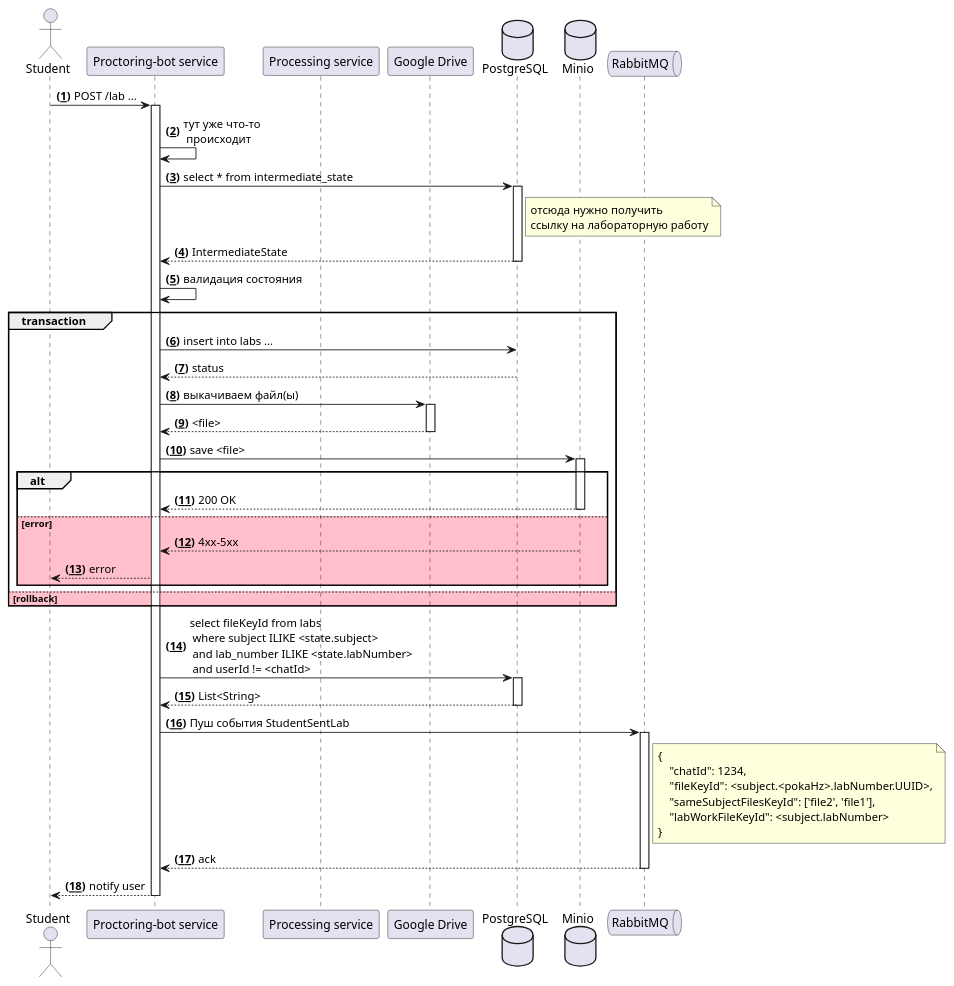
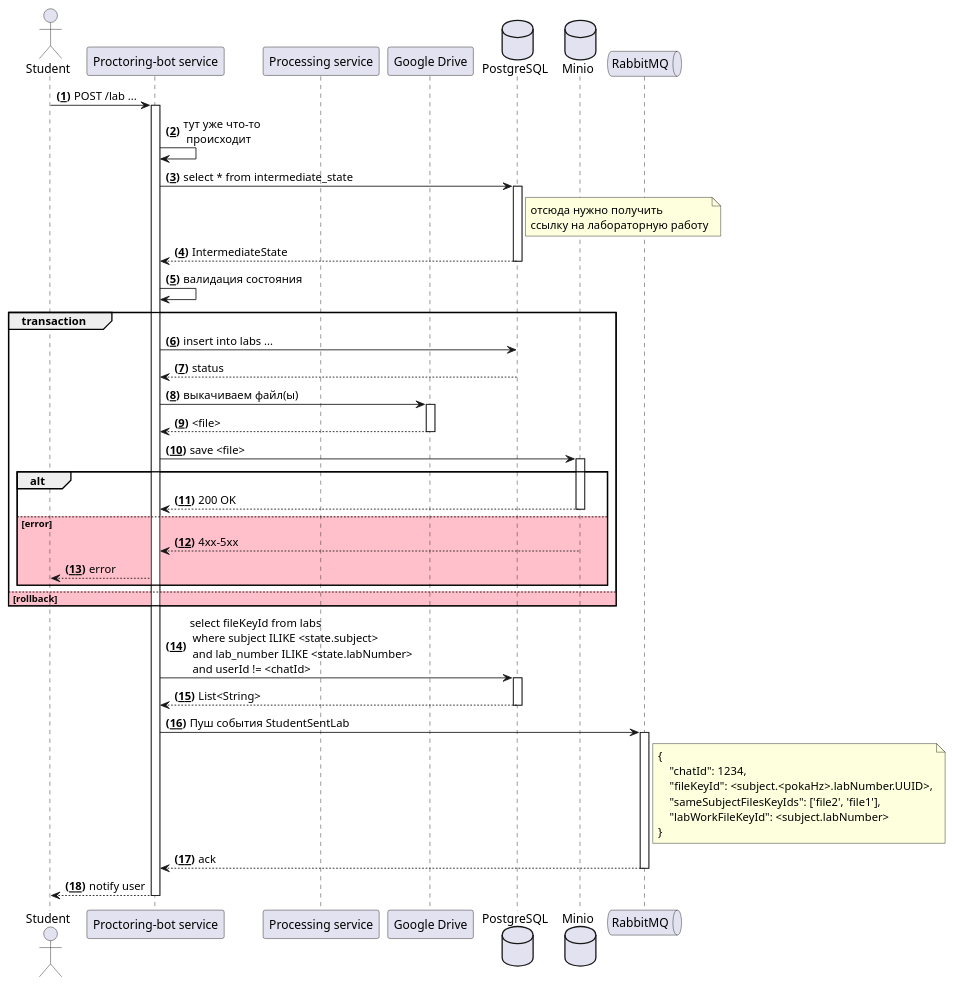
The diagram in documentation/plagiarism/а) process-lab-work.puml (Dezzzl/processing-service), drawn with PlantUML before and after one commit. The commit also changed 27 other files, not shown here.

```diff
--- a/documentation/plagiarism/а) process-lab-work.puml
+++ b/documentation/plagiarism/а) process-lab-work.puml
@@ -1,69 +1,69 @@
 @startuml
 
 autonumber "<b>(<u>##</u>)"
 
 actor Student as stud
 
 participant "Proctoring-bot service" as pbs
 participant "Processing service" as ps
 
 participant "Google Drive" as gd
 
 
 database PostgreSQL as db
 database Minio as minio
 queue "RabbitMQ" as rmq
 
 ' эта часть уже написана
 
 stud -> pbs++ : POST /lab ...
 
 pbs -> pbs: тут уже что-то\n происходит
 
 pbs -> db++ : select * from intermediate_state
 note right db
     отсюда нужно получить
     ссылку на лабораторную работу
 end note
 pbs <-- db-- : IntermediateState
 
 pbs -> pbs: валидация состояния
 
 group transaction
 pbs -> db: insert into labs ...
 pbs <-- db: status
 
 pbs -> gd++ : выкачиваем файл(ы)
 pbs <-- gd-- : <file>
 
 pbs -> minio++ : save <file>
 alt
 pbs <-- minio-- : 200 OK
 else #Pink error
 pbs <-- minio-- : 4xx-5xx
 stud <-- pbs : error
 end
 else #pink rollback
 end group
 
 pbs -> db++ : select fileKeyId from labs\n where subject ILIKE <state.subject>\n and lab_number ILIKE <state.labNumber>\n and userId != <chatId>
 pbs <-- db-- : List<String>
 
 pbs -> rmq++ : Пуш события StudentSentLab
 
 note right rmq
     {
         "chatId": 1234,
         "fileKeyId": <subject.<pokaHz>.labNumber.UUID>,
-        "sameSubjectFilesKeyId": ['file2', 'file1'],
+        "sameSubjectFilesKeyIds": ['file2', 'file1'],
         "labWorkFileKeyId": <subject.labNumber>
     }
 end note
 
 pbs <-- rmq--: ack
 
 stud <-- pbs-- : notify user
 
 
 
 @enduml
```
